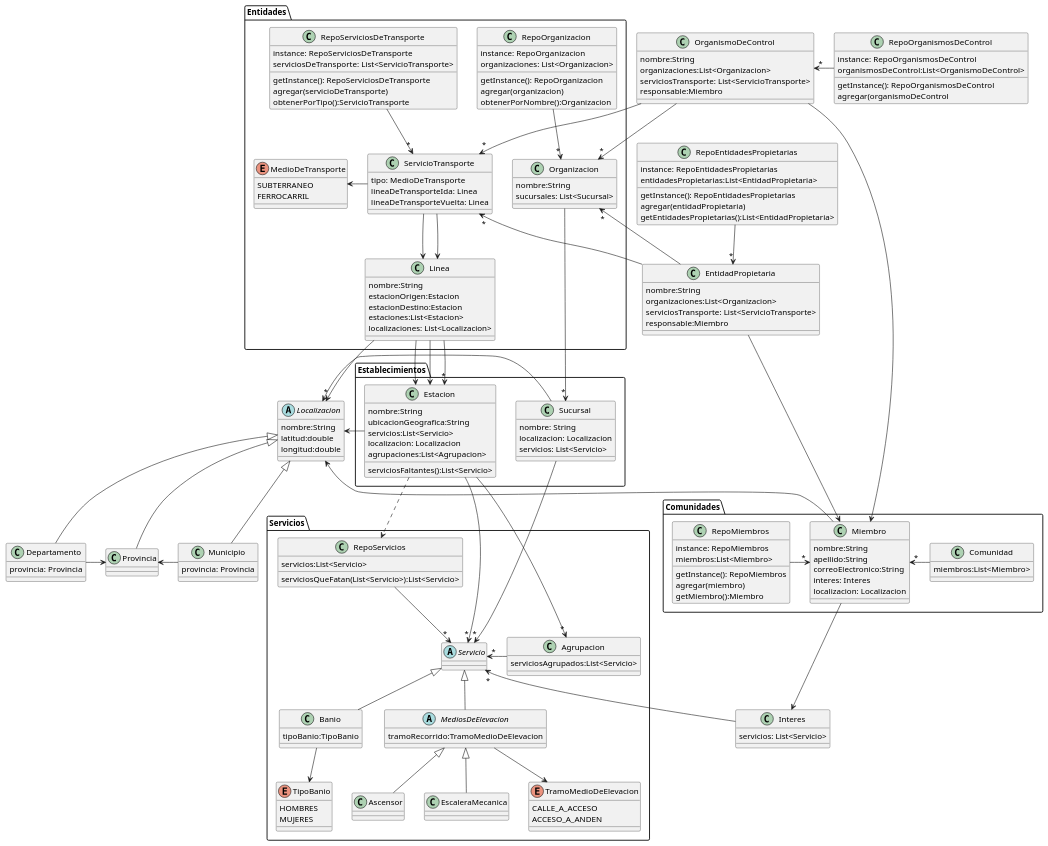
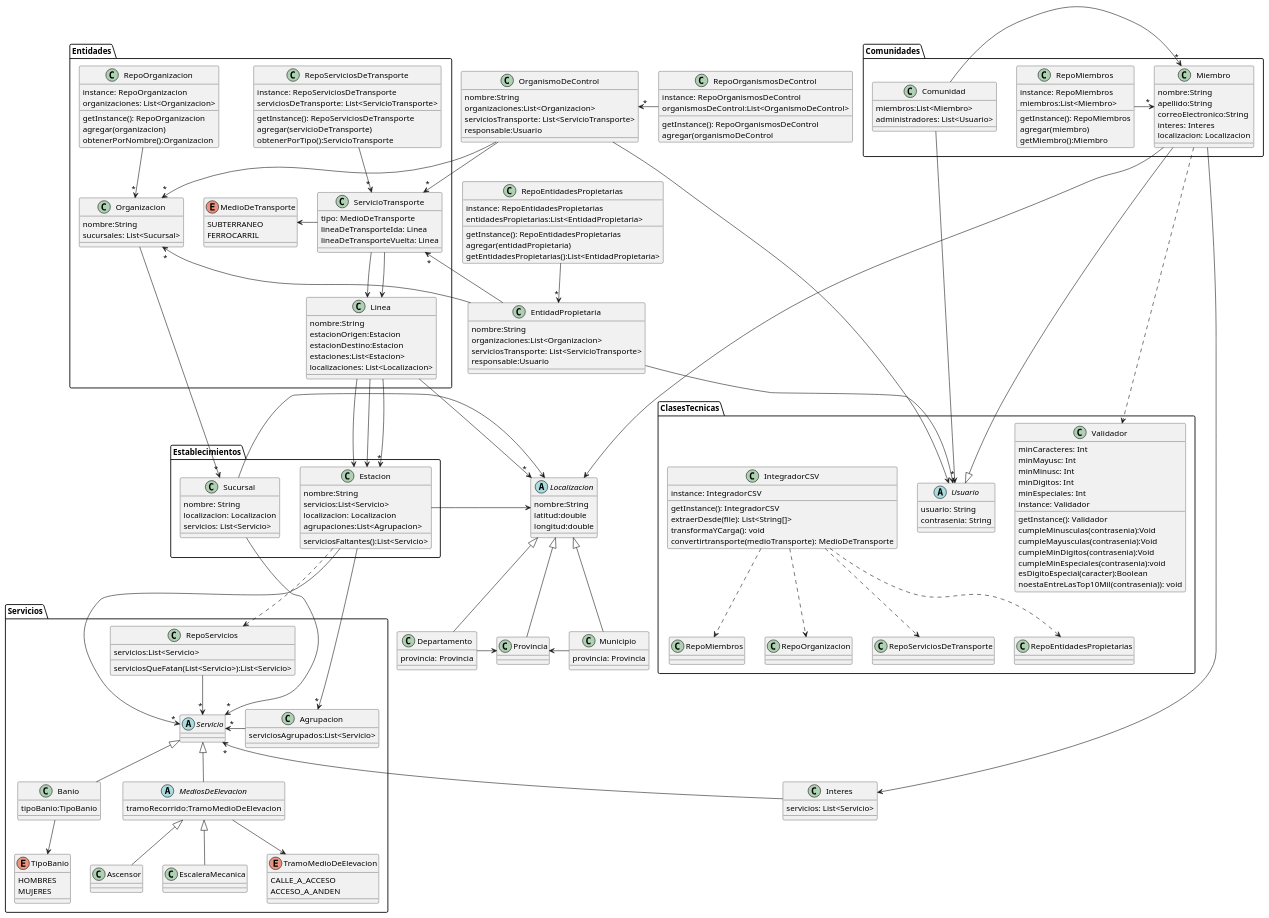
Before and after one commit to tomidandrea/TPA-DDS-2023: the diagram in Entrega-2/out/diagramaDeClases.puml, drawn with PlantUML. The commit also changed 1 other file, not shown here.

```diff
--- a/Entrega-2/out/diagramaDeClases.puml
+++ b/Entrega-2/out/diagramaDeClases.puml
@@ -60,7 +60,6 @@
 
   class Estacion{
      nombre:String
-     ubicacionGeografica:String
      servicios:List<Servicio>
      localizacion: Localizacion
      agrupaciones:List<Agrupacion>
@@ -120,6 +119,7 @@
 package Comunidades{
     class Comunidad{
         miembros:List<Miembro>
+        administradores: List<Usuario>
     }
     class Miembro{
         nombre:String
@@ -140,12 +140,61 @@
     RepoMiembros -right->"*" Miembro
     Comunidad -left->"*" Miembro
 }
+package ClasesTecnicas{
+    abstract class Usuario{
+        usuario: String
+        contrasenia: String
+    }
+
+    class Validador{
+        minCaracteres: Int
+        minMayusc: Int
+        minMinusc: Int
+        minDigitos: Int
+        minEspeciales: Int
+        instance: Validador
+
+        getInstance(): Validador
+        cumpleMinusculas(contrasenia):Void
+        cumpleMayusculas(contrasenia):Void
+        cumpleMinDigitos(contrasenia):Void
+        cumpleMinEspeciales(contrasenia):void
+        esDigitoEspecial(caracter):Boolean
+        noestaEntreLasTop10Mil(contrasenia)): void
+    }
+
+      class IntegradorCSV{
+            instance: IntegradorCSV
+            getInstance(): IntegradorCSV
+            extraerDesde(file): List<String[]>
+            transformaYCarga(): void
+            convertirtransporte(medioTransporte): MedioDeTransporte
+        }
+
+      class "RepoOrganizacion" as CopiaRepoOrg{
+      }
+      class "RepoServiciosDeTransporte" as CopiaRepoTransporte{
+      }
+      class "RepoMiembros" as CopiaRepoMiembros{
+      }
+      class "RepoEntidadesPropietarias" as CopiaRepoEntidadesPropietarias{
+      }
+
+    IntegradorCSV .down.> CopiaRepoOrg
+    IntegradorCSV .down.> CopiaRepoTransporte
+    IntegradorCSV .down.> CopiaRepoMiembros
+    IntegradorCSV .down.> CopiaRepoEntidadesPropietarias
+    Miembro-down---|>Usuario
+    Miembro ....> Validador
+    Comunidad -->"*" Usuario
+}
+
 
 class EntidadPropietaria{
     nombre:String
     organizaciones:List<Organizacion>
     serviciosTransporte: List<ServicioTransporte>
-    responsable:Miembro
+    responsable:Usuario
 }
 
 class RepoEntidadesPropietarias{
@@ -161,7 +210,7 @@
     nombre:String
     organizaciones:List<Organizacion>
     serviciosTransporte: List<ServicioTransporte>
-    responsable:Miembro
+    responsable:Usuario
 }
 
 class RepoOrganismosDeControl{
@@ -202,17 +251,17 @@
 Linea-right->"*"Localizacion
 Sucursal-right->Localizacion
 Sucursal-->"*"Servicio
-Estacion-->Localizacion
+Estacion------>Localizacion
 
 Miembro-->Interes
 Interes-up->"*"Servicio
 
 EntidadPropietaria-up->"*"Organizacion
 EntidadPropietaria-->"*"ServicioTransporte
-EntidadPropietaria-down->Miembro
+EntidadPropietaria-down->Usuario
 OrganismoDeControl-->"*"Organizacion
 OrganismoDeControl-->"*"ServicioTransporte
-OrganismoDeControl-up->Miembro
+OrganismoDeControl-up---->Usuario
 
 RepoEntidadesPropietarias-down->"*"EntidadPropietaria
 RepoOrganismosDeControl-left->"*"OrganismoDeControl
```
